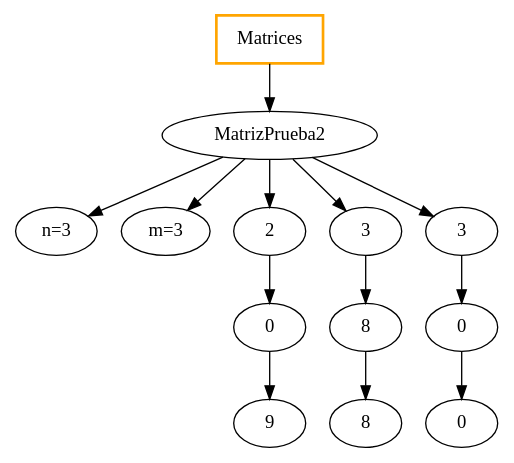
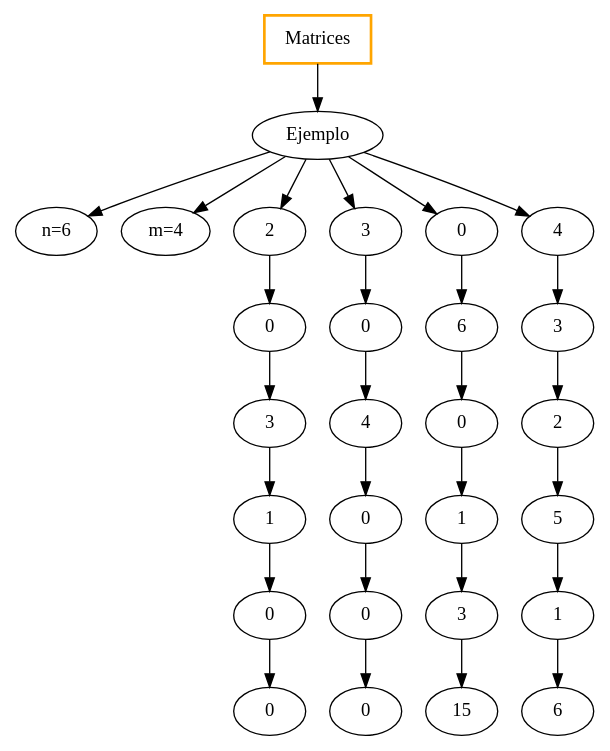
One commit to OscarDOE/IPC2_Proyecto1_201902663 changed the diagram in grafica.dot. Above: the diagram before and after it, drawn with Graphviz. The commit also changed 16 other files, not shown here.

```diff
--- a/grafica.dot
+++ b/grafica.dot
@@ -1,24 +1,54 @@
 digraph grafica{
 "Matrices"[shape=box,style=bold,fillcolor=black, color=orange]
-"Matrices" -> MatrizPrueba2
-MatrizPrueba2->"n=3"
-MatrizPrueba2->"m=3"
+"Matrices" -> Ejemplo
+Ejemplo->"n=6"
+Ejemplo->"m=4"
 X0[label="2"]
-MatrizPrueba2->X0
+Ejemplo->X0
 X0Y0[label="0"]
 X0->X0Y0
-X0Y1[label="9"]
+X0Y1[label="3"]
 X0Y0->X0Y1
+X0Y2[label="1"]
+X0Y1->X0Y2
+X0Y3[label="0"]
+X0Y2->X0Y3
+X0Y4[label="0"]
+X0Y3->X0Y4
 X1[label="3"]
-MatrizPrueba2->X1
-X1Y0[label="8"]
+Ejemplo->X1
+X1Y0[label="0"]
 X1->X1Y0
-X1Y1[label="8"]
+X1Y1[label="4"]
 X1Y0->X1Y1
-X2[label="3"]
-MatrizPrueba2->X2
-X2Y0[label="0"]
+X1Y2[label="0"]
+X1Y1->X1Y2
+X1Y3[label="0"]
+X1Y2->X1Y3
+X1Y4[label="0"]
+X1Y3->X1Y4
+X2[label="0"]
+Ejemplo->X2
+X2Y0[label="6"]
 X2->X2Y0
 X2Y1[label="0"]
 X2Y0->X2Y1
+X2Y2[label="1"]
+X2Y1->X2Y2
+X2Y3[label="3"]
+X2Y2->X2Y3
+X2Y4[label="15"]
+X2Y3->X2Y4
+X3[label="4"]
+Ejemplo->X3
+X3Y0[label="3"]
+X3->X3Y0
+X3Y1[label="2"]
+X3Y0->X3Y1
+X3Y2[label="5"]
+X3Y1->X3Y2
+X3Y3[label="1"]
+X3Y2->X3Y3
+X3Y4[label="6"]
+X3Y3->X3Y4
 }
```
